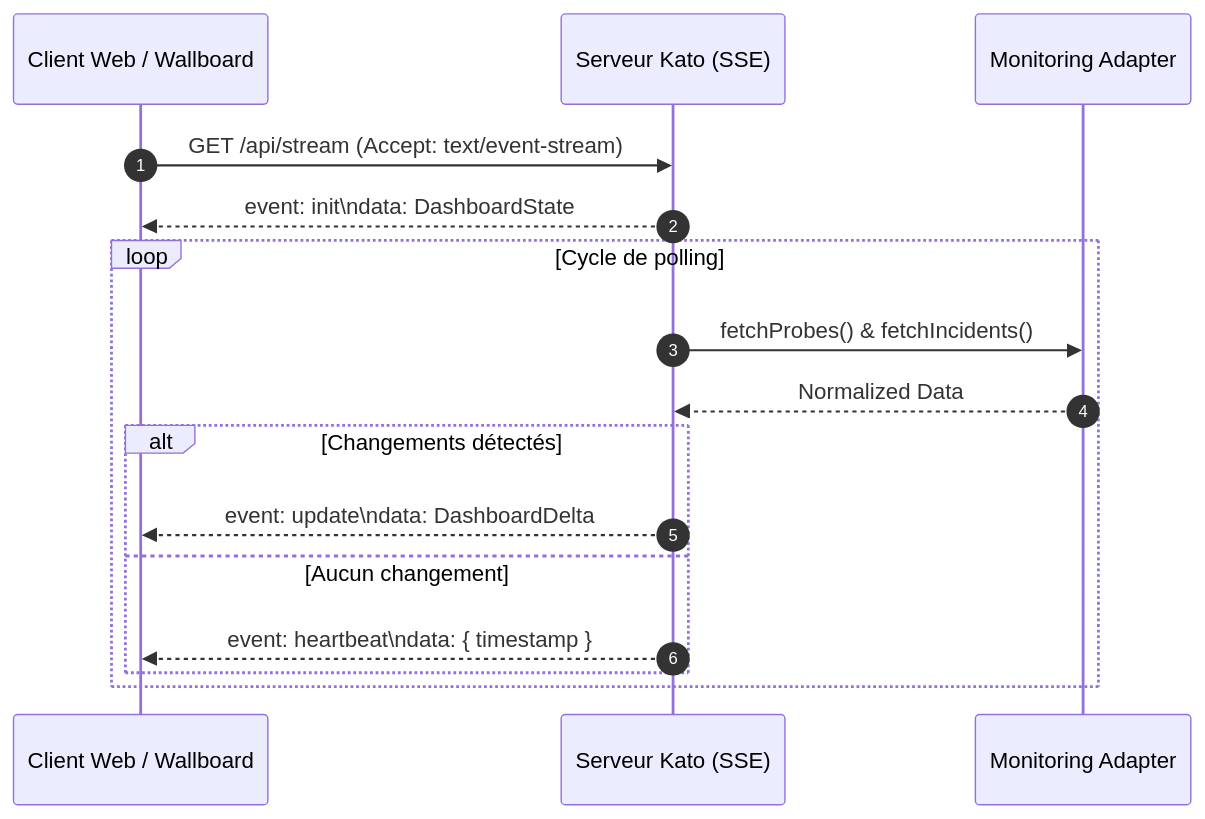
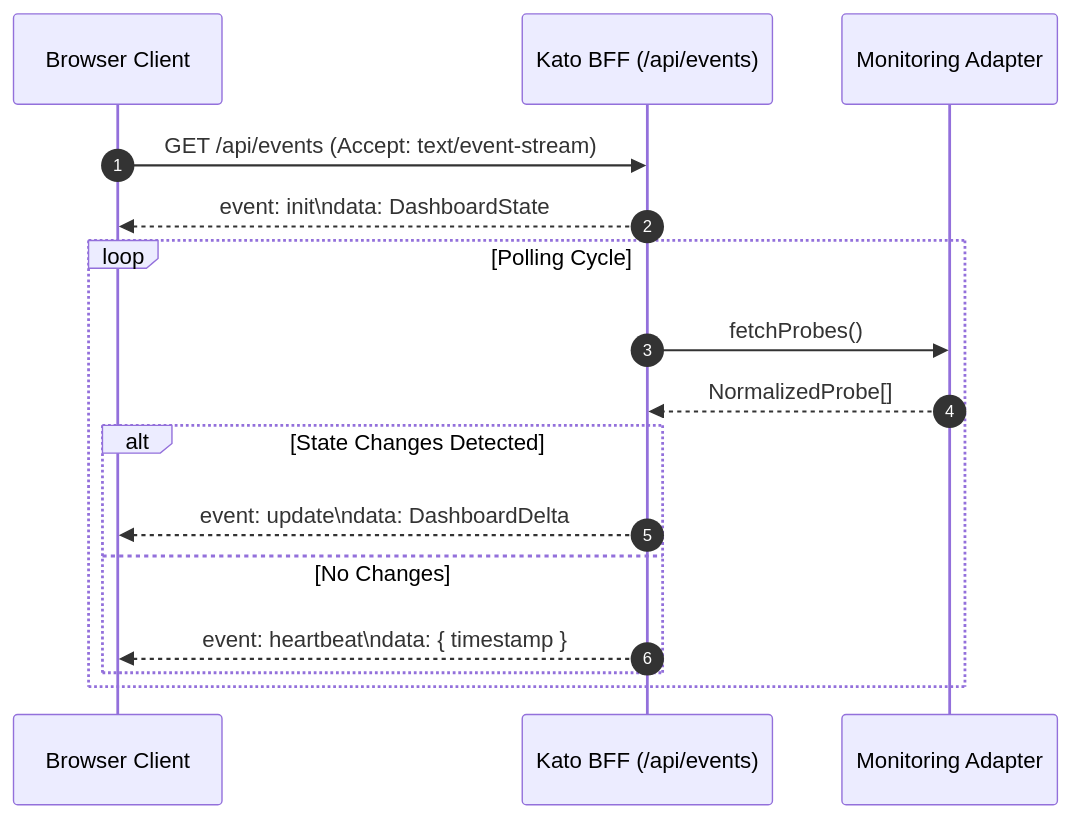
One commit to Kwaadpepper/kato-dashboard changed the diagram in docs/DATA_MODEL.md. Above: the diagram before and after it, drawn with Mermaid. The commit also changed other lines of this file and 70 other files, not shown here.

````diff
--- a/docs/DATA_MODEL.md
+++ b/docs/DATA_MODEL.md
@@ -267,19 +208,19 @@
 ```mermaid
 sequenceDiagram
     autonumber
-    participant Client as Client Web / Wallboard
-    participant Server as Serveur Kato (SSE)
+    participant Client as Browser Client
+    participant Server as Kato BFF (/api/events)
     participant Adapter as Monitoring Adapter
 
-    Client->>Server: GET /api/stream (Accept: text/event-stream)
+    Client->>Server: GET /api/events (Accept: text/event-stream)
     Server-->>Client: event: init\ndata: DashboardState
-    loop Cycle de polling
-        Server->>Adapter: fetchProbes() & fetchIncidents()
-        Adapter-->>Server: Normalized Data
-        alt Changements détectés
+    loop Polling Cycle
+        Server->>Adapter: fetchProbes()
+        Adapter-->>Server: NormalizedProbe[]
+        alt State Changes Detected
             Server-->>Client: event: update\ndata: DashboardDelta
-        else Aucun changement
+        else No Changes
             Server-->>Client: event: heartbeat\ndata: { timestamp }
         end
     end
 ```
````
